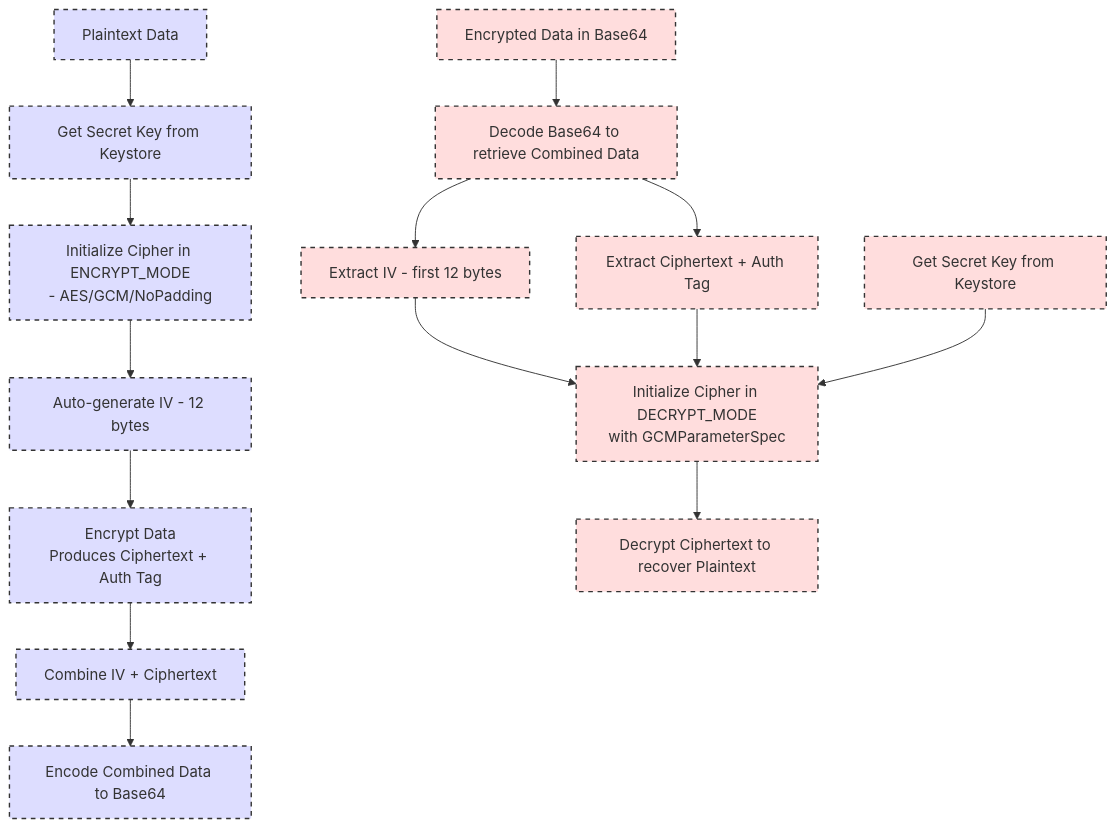
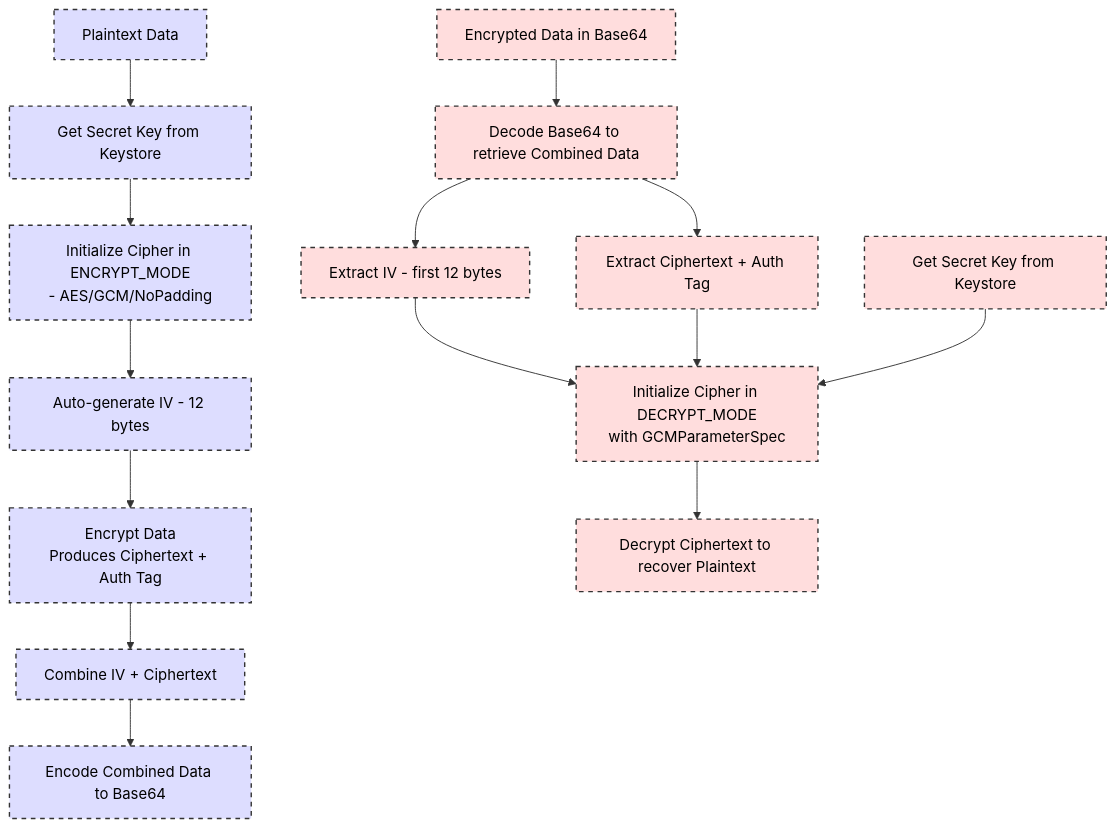
The diagram in README.md (AviadKorakin/Vault), drawn with Mermaid before and after one commit.

Commit message:
README.md

````diff
--- a/README.md
+++ b/README.md
@@ -1,36 +1,39 @@
 ```mermaid
 ---
 config:
   layout: fixed
 ---
 flowchart TD
     A["Plaintext Data"] --> B["Get Secret Key from Keystore"]
     B --> C["Initialize Cipher in ENCRYPT_MODE\n- AES/GCM/NoPadding"]
     C --> D["Auto-generate IV - 12 bytes"]
     D --> E["Encrypt Data\nProduces Ciphertext + Auth Tag"]
     E --> F["Combine IV + Ciphertext"]
     F --> G["Encode Combined Data to Base64"]
     H["Encrypted Data in Base64"] --> I["Decode Base64 to retrieve Combined Data"]
     I --> J["Extract IV - first 12 bytes"] & K["Extract Ciphertext + Auth Tag"]
     J --> M["Initialize Cipher in DECRYPT_MODE\nwith GCMParameterSpec"]
     K --> M
     L["Get Secret Key from Keystore"] --> M
     M --> N["Decrypt Ciphertext to recover Plaintext"]
-     H:::decryption
-     I:::decryption
-     J:::decryption
-     K:::decryption
-     L:::decryption
-     M:::decryption
-     N:::decryption
-     A:::encryption
-     B:::encryption
-     C:::encryption
-     D:::encryption
-     E:::encryption
-     F:::encryption
-     G:::encryption
-    classDef encryption fill:#DDF,stroke:#333,stroke-width:1.5px,stroke-dasharray: 5 5
-    classDef decryption fill:#FDD,stroke:#333,stroke-width:1.5px,stroke-dasharray: 5 5
+
+    H:::decryption
+    I:::decryption
+    J:::decryption
+    K:::decryption
+    L:::decryption
+    M:::decryption
+    N:::decryption
+    A:::encryption
+    B:::encryption
+    C:::encryption
+    D:::encryption
+    E:::encryption
+    F:::encryption
+    G:::encryption
+
+    classDef encryption fill:#DDF,stroke:#333,stroke-width:1.5px,stroke-dasharray: 5 5, color:#000;
+    classDef decryption fill:#FDD,stroke:#333,stroke-width:1.5px,stroke-dasharray: 5 5, color:#000;
+
 
 ```
````
